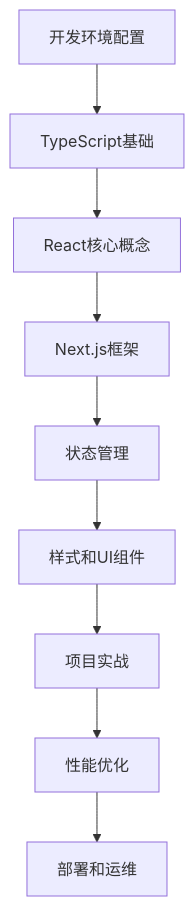
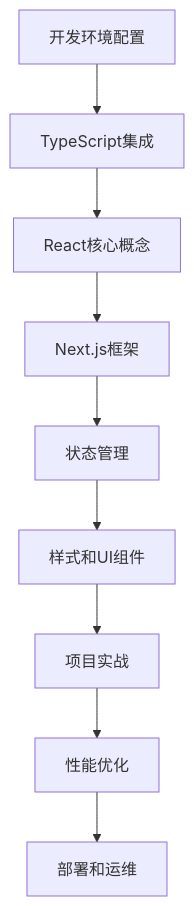
Before and after one commit to x-rush/dev-quest: the second of 4 diagrams in shared-resources/tools/document-index.md, drawn with Mermaid. The commit also changed other lines of this file and 10 other files, not shown here.

````diff
--- a/shared-resources/tools/document-index.md
+++ b/shared-resources/tools/document-index.md
@@ -317,11 +235,11 @@
 ```mermaid
 graph TD
-    A[开发环境配置] --> B[TypeScript基础]
+    A[开发环境配置] --> B[TypeScript集成]
     B --> C[React核心概念]
     C --> D[Next.js框架]
     D --> E[状态管理]
     E --> F[样式和UI组件]
     F --> G[项目实战]
     G --> H[性能优化]
     H --> I[部署和运维]
 ```
````
